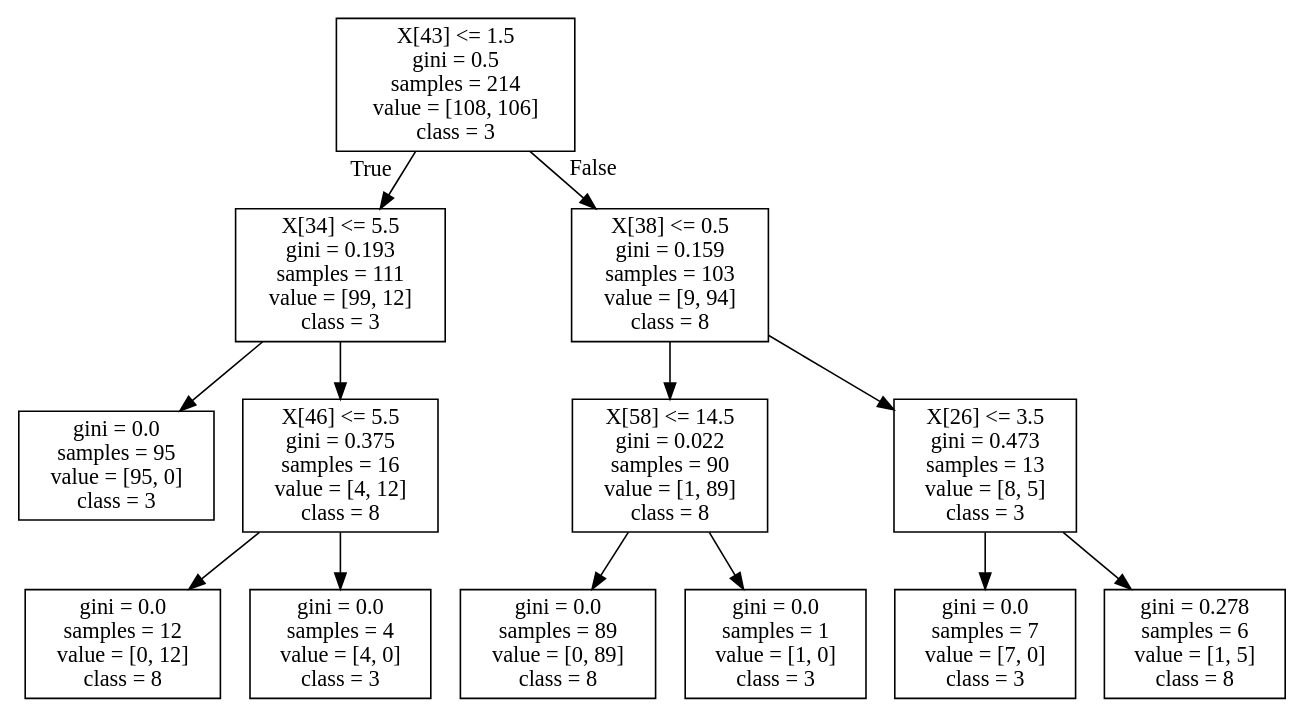
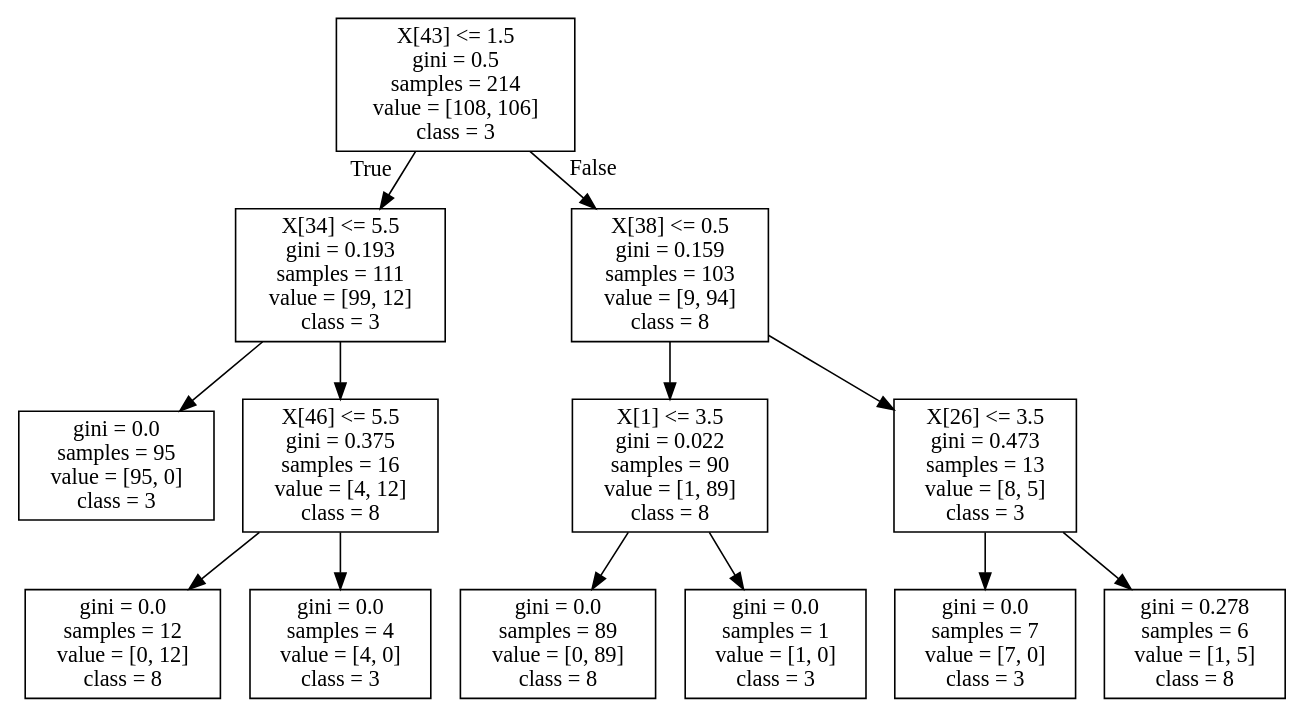
Before and after one commit to MasatakaShibataSS/lesson: the diagram in AI/examples/03/tree1.dot, drawn with Graphviz. The commit also changed 7 other files, not shown here.

```diff
--- a/AI/examples/03/tree1.dot
+++ b/AI/examples/03/tree1.dot
@@ -1,28 +1,28 @@
 digraph Tree {
 node [shape=box] ;
 0 [label="X[43] <= 1.5\ngini = 0.5\nsamples = 214\nvalue = [108, 106]\nclass = 3"] ;
 1 [label="X[34] <= 5.5\ngini = 0.193\nsamples = 111\nvalue = [99, 12]\nclass = 3"] ;
 0 -> 1 [labeldistance=2.5, labelangle=45, headlabel="True"] ;
 2 [label="gini = 0.0\nsamples = 95\nvalue = [95, 0]\nclass = 3"] ;
 1 -> 2 ;
 3 [label="X[46] <= 5.5\ngini = 0.375\nsamples = 16\nvalue = [4, 12]\nclass = 8"] ;
 1 -> 3 ;
 4 [label="gini = 0.0\nsamples = 12\nvalue = [0, 12]\nclass = 8"] ;
 3 -> 4 ;
 5 [label="gini = 0.0\nsamples = 4\nvalue = [4, 0]\nclass = 3"] ;
 3 -> 5 ;
 6 [label="X[38] <= 0.5\ngini = 0.159\nsamples = 103\nvalue = [9, 94]\nclass = 8"] ;
 0 -> 6 [labeldistance=2.5, labelangle=-45, headlabel="False"] ;
-7 [label="X[58] <= 14.5\ngini = 0.022\nsamples = 90\nvalue = [1, 89]\nclass = 8"] ;
+7 [label="X[1] <= 3.5\ngini = 0.022\nsamples = 90\nvalue = [1, 89]\nclass = 8"] ;
 6 -> 7 ;
 8 [label="gini = 0.0\nsamples = 89\nvalue = [0, 89]\nclass = 8"] ;
 7 -> 8 ;
 9 [label="gini = 0.0\nsamples = 1\nvalue = [1, 0]\nclass = 3"] ;
 7 -> 9 ;
 10 [label="X[26] <= 3.5\ngini = 0.473\nsamples = 13\nvalue = [8, 5]\nclass = 3"] ;
 6 -> 10 ;
 11 [label="gini = 0.0\nsamples = 7\nvalue = [7, 0]\nclass = 3"] ;
 10 -> 11 ;
 12 [label="gini = 0.278\nsamples = 6\nvalue = [1, 5]\nclass = 8"] ;
 10 -> 12 ;
 }
```
